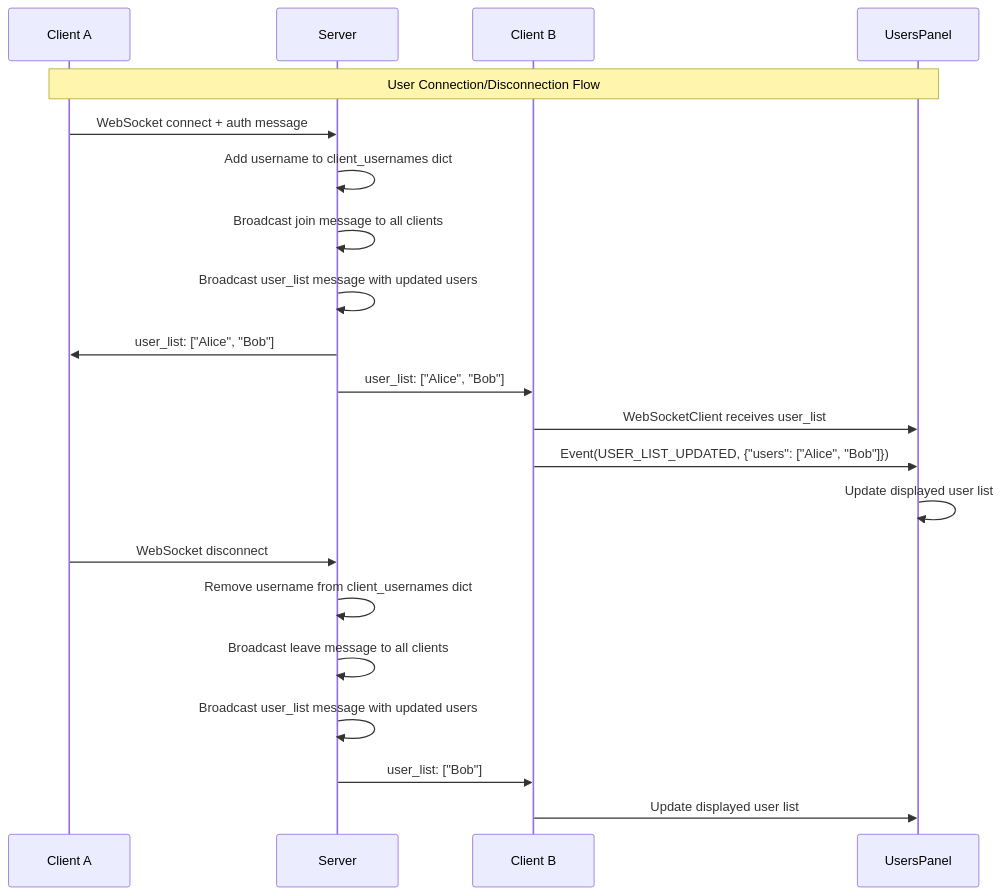
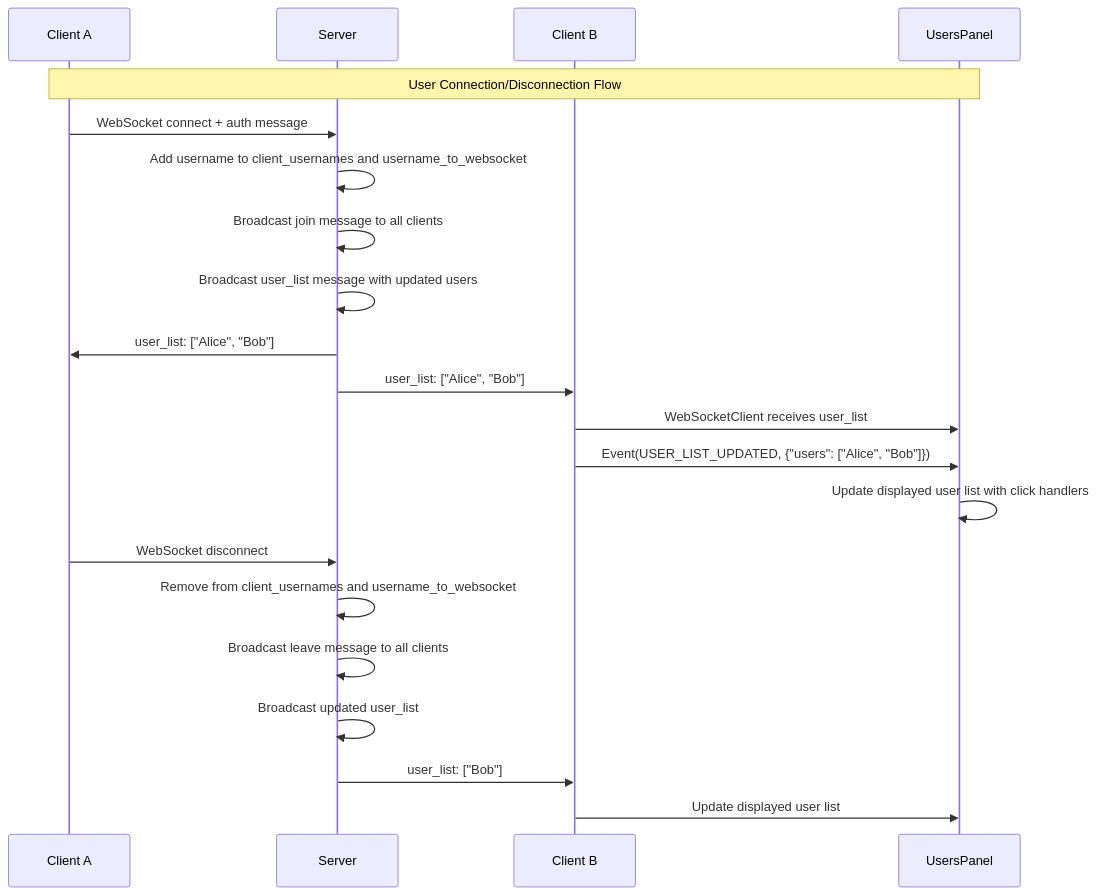
The fourth of 4 diagrams in docs/architecture/flow_[Mermaid].md (4iger3/P2P-Mesenger), drawn with Mermaid before and after one commit. The commit also changed other lines of this file and 36 other files, not shown here.

````diff
--- a/docs/architecture/flow_[Mermaid].md
+++ b/docs/architecture/flow_[Mermaid].md
@@ -79,26 +108,26 @@
 ```mermaid
 sequenceDiagram
     participant ClientA as Client A
     participant Server as Server
     participant ClientB as Client B
     participant Users as UsersPanel
 
     Note over ClientA,Users: User Connection/Disconnection Flow
     ClientA->>Server: WebSocket connect + auth message
-    Server->>Server: Add username to client_usernames dict
+    Server->>Server: Add username to client_usernames and username_to_websocket
     Server->>Server: Broadcast join message to all clients
     Server->>Server: Broadcast user_list message with updated users
     Server->>ClientA: user_list: ["Alice", "Bob"]
     Server->>ClientB: user_list: ["Alice", "Bob"]
     
     ClientB->>Users: WebSocketClient receives user_list
     ClientB->>Users: Event(USER_LIST_UPDATED, {"users": ["Alice", "Bob"]})
-    Users->>Users: Update displayed user list
+    Users->>Users: Update displayed user list with click handlers
     
     ClientA->>Server: WebSocket disconnect
-    Server->>Server: Remove username from client_usernames dict
+    Server->>Server: Remove from client_usernames and username_to_websocket
     Server->>Server: Broadcast leave message to all clients
-    Server->>Server: Broadcast user_list message with updated users
+    Server->>Server: Broadcast updated user_list
     Server->>ClientB: user_list: ["Bob"]
     ClientB->>Users: Update displayed user list
 ```
````
